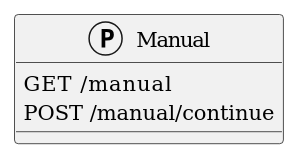
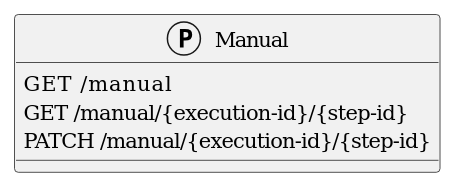
Before and after one commit to COSSAS/SOARCA: the first of 4 diagrams in docs/content/en/docs/core-components/api-manual.md, drawn with PlantUML. The commit also changed other lines of this file and 2 other files, not shown here.

````diff
--- a/docs/content/en/docs/core-components/api-manual.md
+++ b/docs/content/en/docs/core-components/api-manual.md
@@ -16,8 +16,9 @@
 ```plantuml
 @startuml
 protocol Manual {
     GET     /manual
-    POST    /manual/continue
+    GET     /manual/{execution-id}/{step-id}
+    PATCH    /manual/{execution-id}/{step-id}
 }
 @enduml
 ```
````
